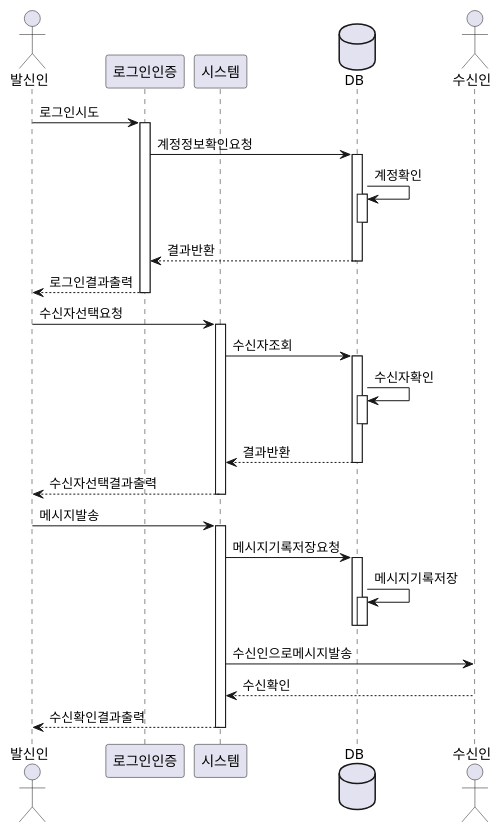
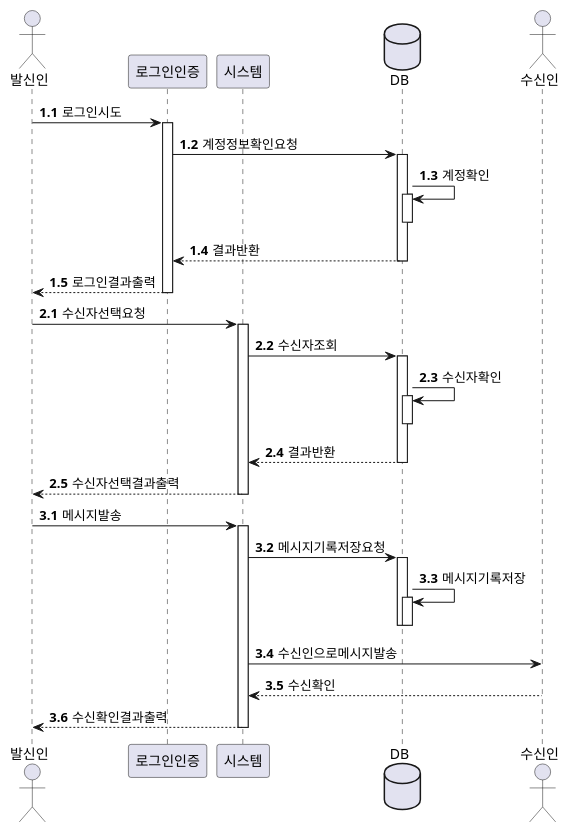
One commit to NANNADA4/SWEngineering_Project changed the diagram in normalChat.wsd. Above: the diagram before and after it, drawn with PlantUML.

Commit message:
add autonumber

```diff
--- a/normalChat.wsd
+++ b/normalChat.wsd
@@ -1,59 +1,61 @@
 @startuml normalChat
 actor 발신인
 participant 로그인인증
 participant 시스템
 database DB
 actor 수신인
 
-
+autonumber 1.1
 발신인 -> 로그인인증 : 로그인시도
 activate 로그인인증
 
 로그인인증 -> DB : 계정정보확인요청
 activate DB
 
 DB -> DB : 계정확인
 activate DB
 deactivate DB
 
 DB --> 로그인인증 : 결과반환
 deactivate DB
 
 로그인인증 --> 발신인 : 로그인결과출력
 deactivate 로그인인증
 
+autonumber 2.1
 발신인 -> 시스템 : 수신자선택요청
 activate 시스템
 
 시스템 -> DB : 수신자조회
 activate DB
 
 DB -> DB : 수신자확인
 activate DB
 deactivate DB
 
 DB --> 시스템 : 결과반환
 deactivate DB
 
 시스템 --> 발신인 : 수신자선택결과출력
 deactivate 시스템
 
+autonumber 3.1
 발신인 -> 시스템 : 메시지발송
 activate 시스템
 
 시스템 -> DB : 메시지기록저장요청
 activate DB
 
 DB -> DB : 메시지기록저장
 activate DB
 deactivate DB
 deactivate DB
 
 시스템 -> 수신인 : 수신인으로메시지발송
 
 수신인 --> 시스템 : 수신확인
 
 시스템 --> 발신인 : 수신확인결과출력
 deactivate 시스템
 
 @enduml
```
